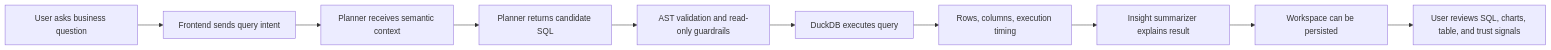
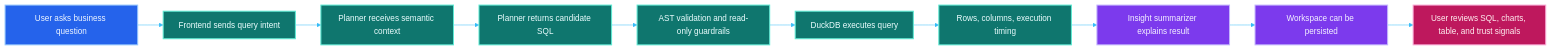
One commit to PSR94/helios changed the second of 3 diagrams in README.md. Above: the diagram before and after it, drawn with Mermaid. The commit also changed other lines of this file, not shown here.

Commit message:
docs: refine README diagrams with styled architecture and flow visuals

````diff
--- a/README.md
+++ b/README.md
@@ -110,12 +136,34 @@
 ```mermaid
+%%{init: {'theme':'base','themeVariables':{
+  'background':'#0b1020',
+  'primaryColor':'#111827',
+  'primaryTextColor':'#f8fafc',
+  'primaryBorderColor':'#60a5fa',
+  'lineColor':'#38bdf8',
+  'secondaryColor':'#172554',
+  'secondaryTextColor':'#dbeafe',
+  'tertiaryColor':'#0f172a',
+  'tertiaryTextColor':'#e2e8f0'
+}}}%%
 flowchart LR
     A["User asks business question"] --> B["Frontend sends query intent"]
     B --> C["Planner receives semantic context"]
     C --> D["Planner returns candidate SQL"]
     D --> E["AST validation and read-only guardrails"]
     E --> F["DuckDB executes query"]
     F --> G["Rows, columns, execution timing"]
     G --> H["Insight summarizer explains result"]
     H --> I["Workspace can be persisted"]
     I --> J["User reviews SQL, charts, table, and trust signals"]
+
+    classDef ask fill:#2563eb,stroke:#93c5fd,color:#eff6ff,stroke-width:2px;
+    classDef app fill:#7c3aed,stroke:#c4b5fd,color:#f5f3ff,stroke-width:2px;
+    classDef compute fill:#0f766e,stroke:#5eead4,color:#ecfeff,stroke-width:2px;
+    classDef trust fill:#b45309,stroke:#fcd34d,color:#fffbeb,stroke-width:2px;
+    classDef outcome fill:#be185d,stroke:#f9a8d4,color:#fff1f2,stroke-width:2px;
+
+    class A ask;
+    class B,C,D,E,F,G compute;
+    class H,I app;
+    class J outcome;
 ```
````
